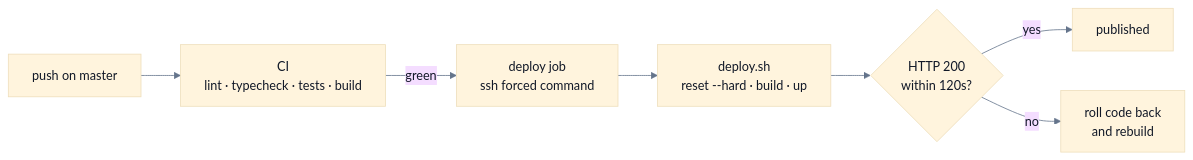
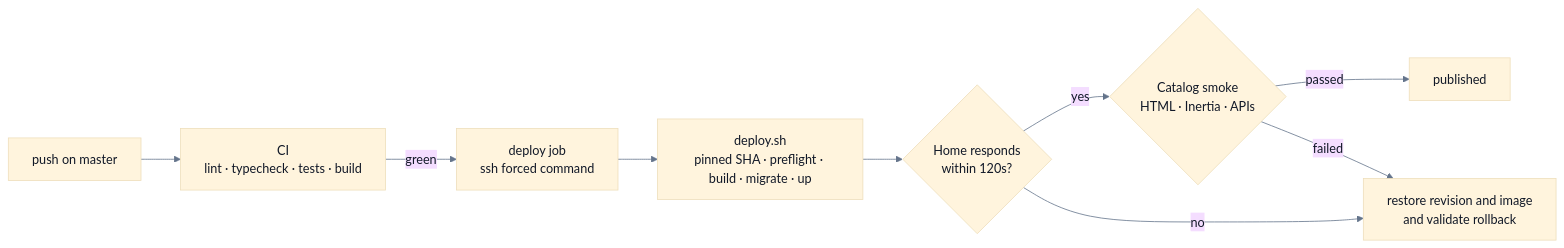
One commit to gabrielmaialva33/experimente-plus changed the second of 2 diagrams in README.en.md. Above: the diagram before and after it, drawn with Mermaid. The commit also changed other lines of this file and 54 other files, not shown here.

````diff
--- a/README.en.md
+++ b/README.en.md
@@ -248,14 +249,16 @@
 ```mermaid
 %%{init: {'theme': 'base', 'themeVariables': {
   'fontFamily': 'ui-monospace, SFMono-Regular, Menlo, Consolas, monospace',
   'lineColor': '#64748b',
   'primaryTextColor': '#111827'
 }}}%%
 flowchart LR
     Push["push on master"] --> CI["CI<br/>lint · typecheck · tests · build"]
     CI -->|green| Deploy["deploy job<br/>ssh forced command"]
-    Deploy --> Script["deploy.sh<br/>reset --hard · build · up"]
-    Script --> Health{"HTTP 200<br/>within 120s?"}
-    Health -->|yes| Ok["published"]
-    Health -->|no| Back["roll code back<br/>and rebuild"]
+    Deploy --> Script["deploy.sh<br/>pinned SHA · preflight · build · migrate · up"]
+    Script --> Ready{"Home responds<br/>within 120s?"}
+    Ready -->|yes| Catalog{"Catalog smoke<br/>HTML · Inertia · APIs"}
+    Catalog -->|passed| Ok["published"]
+    Ready -->|no| Back["restore revision and image<br/>and validate rollback"]
+    Catalog -->|failed| Back
 ```
````
